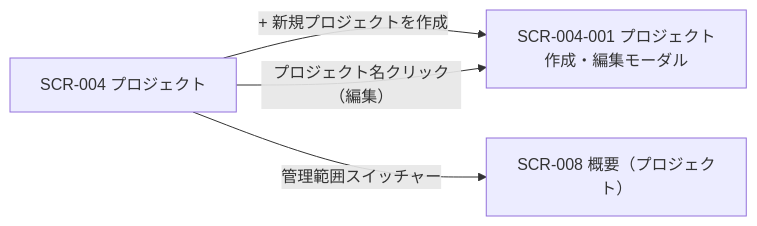
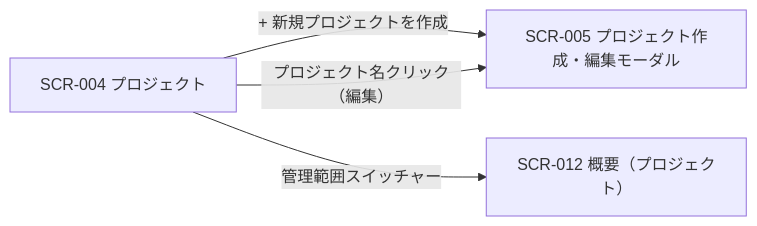
One commit to sikakou54/open-faq changed the diagram in 02_basic_design/01_screens/SCR-004.md. Above: the diagram before and after it, drawn with Mermaid. The commit also changed other lines of this file and 617 other files, not shown here.

````diff
--- a/02_basic_design/01_screens/SCR-004.md
+++ b/02_basic_design/01_screens/SCR-004.md
@@ -36,9 +37,9 @@
 ```mermaid
 flowchart LR
   S1["SCR-004 プロジェクト"]
-  S2["SCR-004-001 プロジェクト作成・編集モーダル"]
-  S3["SCR-008 概要（プロジェクト）"]
+  S2["SCR-005 プロジェクト作成・編集モーダル"]
+  S3["SCR-012 概要（プロジェクト）"]
   S1 -->|+ 新規プロジェクトを作成| S2
   S1 -->|プロジェクト名クリック（編集）| S2
   S1 -->|管理範囲スイッチャー| S3
 ```
````
